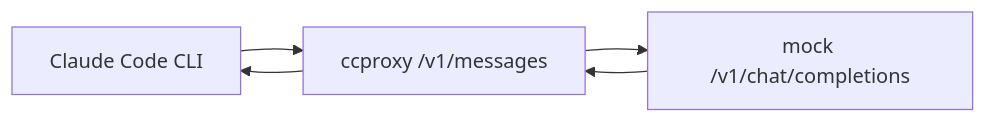
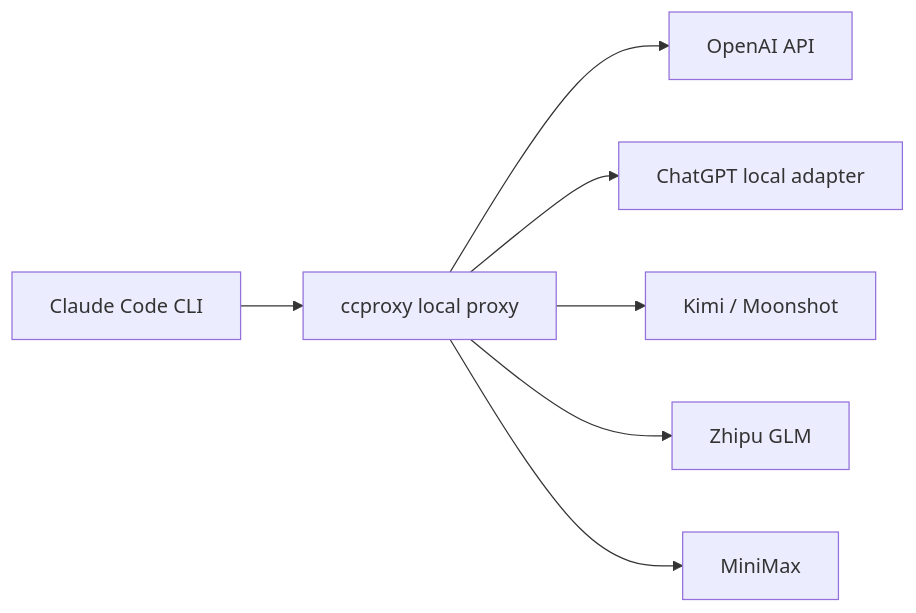
One commit to shuaishuaiZhu-ai/claude-code-proxy changed the diagram in README.md. Above: the diagram before and after it, drawn with Mermaid. The commit also changed other lines of this file and 8 other files, not shown here.

````diff
--- a/README.md
+++ b/README.md
@@ -149,7 +12,9 @@
 ```mermaid
 flowchart LR
-  Claude["Claude Code CLI"] --> Proxy["ccproxy /v1/messages"]
-  Proxy --> Mock["mock /v1/chat/completions"]
-  Mock --> Proxy
-  Proxy --> Claude
+  Claude["Claude Code CLI"] --> Proxy["ccproxy local proxy"]
+  Proxy --> OpenAI["OpenAI API"]
+  Proxy --> ChatGPT["ChatGPT local adapter"]
+  Proxy --> Kimi["Kimi / Moonshot"]
+  Proxy --> GLM["Zhipu GLM"]
+  Proxy --> MiniMax["MiniMax"]
 ```
````
